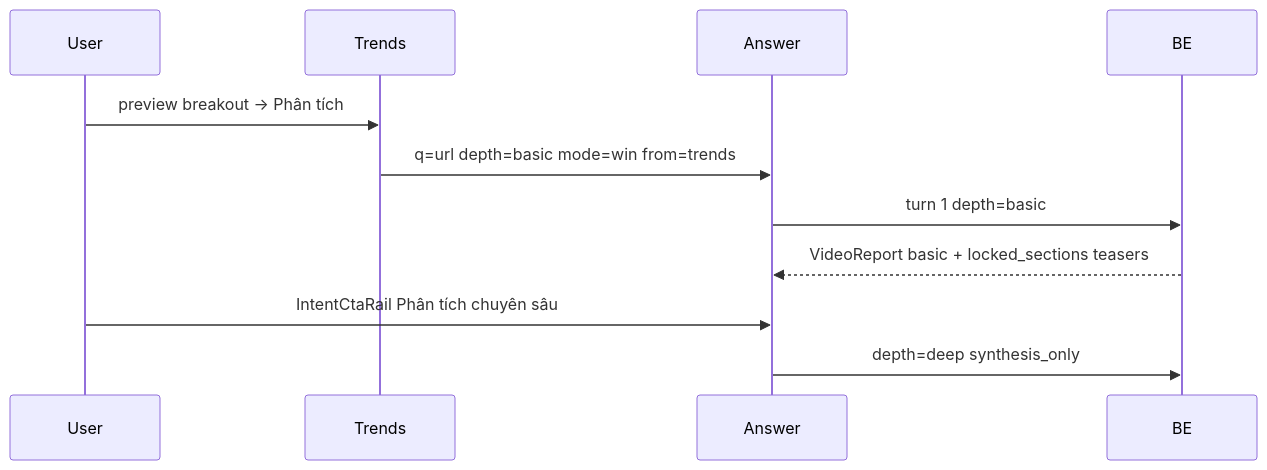
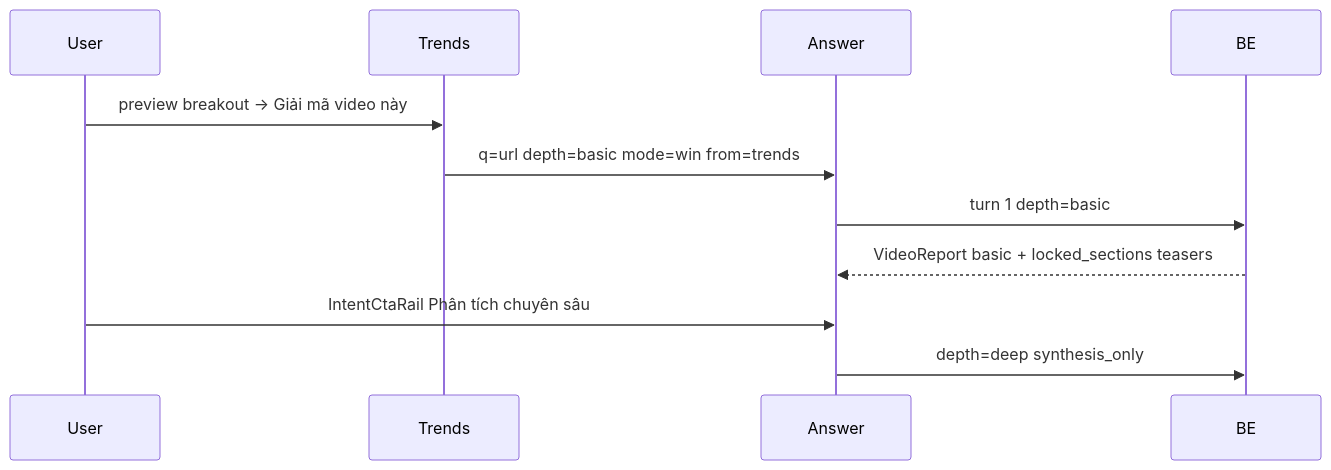
The fifth of 8 diagrams in artifacts/docs/feature-map-v1.md (tad-agentics/getviews.vn), drawn with Mermaid before and after one commit. The commit also changed other lines of this file and 3 other files, not shown here.

First line of the commit message:
fix(fe): Trends preview CTA label + doc §4.11–§4.12 audit

````diff
--- a/artifacts/docs/feature-map-v1.md
+++ b/artifacts/docs/feature-map-v1.md
@@ -850,13 +850,13 @@
 ```mermaid
 sequenceDiagram
   participant User
   participant Trends
   participant Answer
   participant BE
-  User->>Trends: preview breakout → Phân tích
+  User->>Trends: preview breakout → Giải mã video này
   Trends->>Answer: q=url depth=basic mode=win from=trends
   Answer->>BE: turn 1 depth=basic
   BE-->>Answer: VideoReport basic + locked_sections teasers
   User->>Answer: IntentCtaRail Phân tích chuyên sâu
   Answer->>BE: depth=deep synthesis_only
 ```
````
